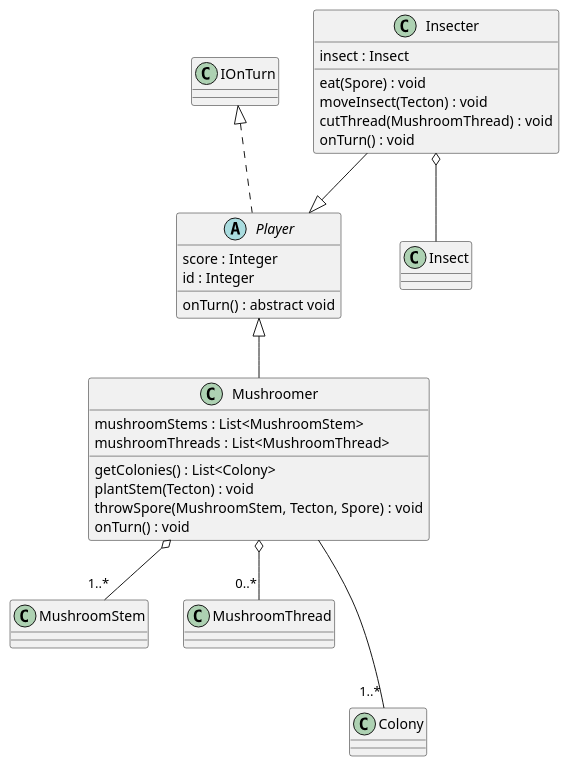
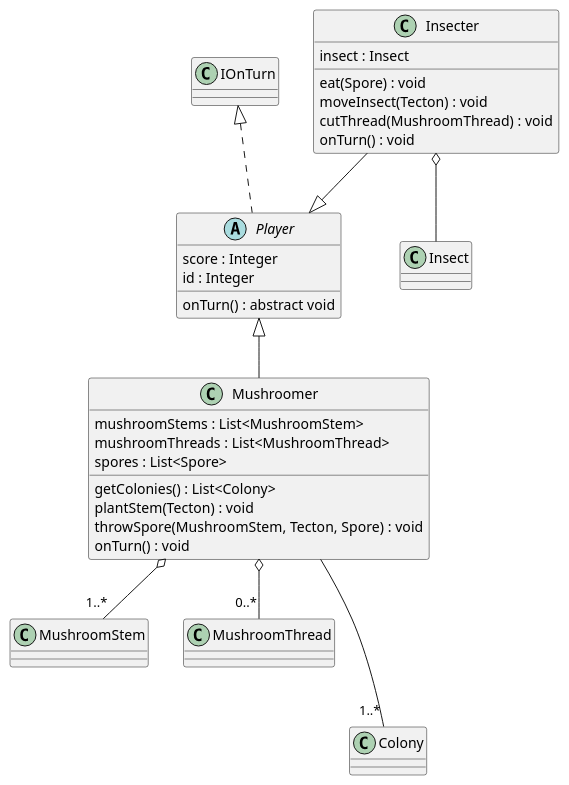
Before and after one commit to Petya-G/fungorium: the diagram in 3/classes/player.puml, drawn with PlantUML. The commit also changed 1 other file, not shown here.

Commit message:
Shroomer spore list

```diff
--- a/3/classes/player.puml
+++ b/3/classes/player.puml
@@ -1,31 +1,32 @@
 @startuml player
 IOnTurn <|.. Player
 abstract class Player{
     score : Integer
     id : Integer
     onTurn() : abstract void
 }
 
 Player <|-- Mushroomer
 Mushroomer o-- "1..*" MushroomStem
 Mushroomer o-- "0..*" MushroomThread
 Mushroomer --- "1..*" Colony
 class Mushroomer{
     mushroomStems : List<MushroomStem>
     mushroomThreads : List<MushroomThread>
+    spores : List<Spore>
     getColonies() : List<Colony>
     plantStem(Tecton) : void
     throwSpore(MushroomStem, Tecton, Spore) : void
     onTurn() : void
 }
 
 Insecter --|> Player
 Insecter o-- Insect
 class Insecter{
     insect : Insect
     eat(Spore) : void
     moveInsect(Tecton) : void
     cutThread(MushroomThread) : void
     onTurn() : void
 }
 @enduml
```
